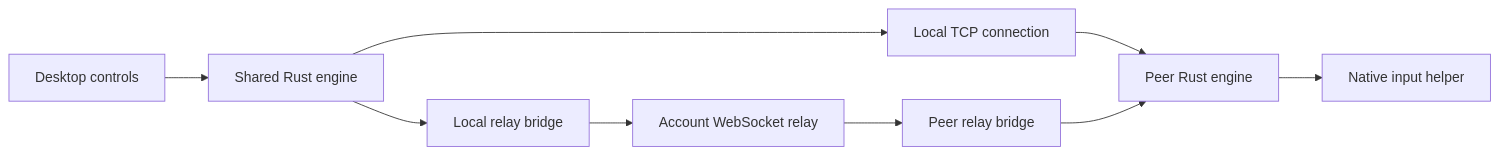
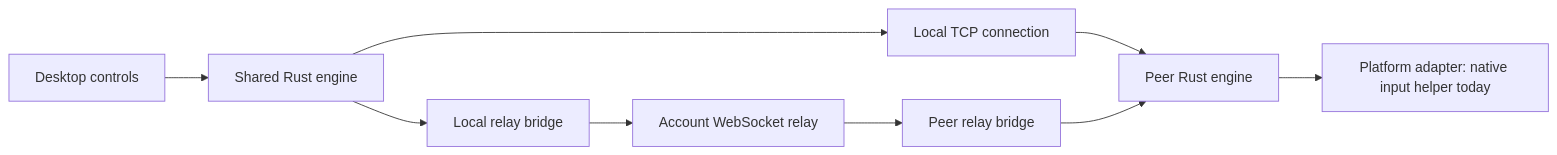
Before and after one commit to DaniGuardiola/extend.computer: the diagram in docs/overview.md, drawn with Mermaid. The commit also changed other lines of this file and 11 other files, not shown here.

````diff
--- a/docs/overview.md
+++ b/docs/overview.md
@@ -33,11 +47,11 @@
 ```mermaid
 flowchart LR
     UI[Desktop controls] --> Engine[Shared Rust engine]
     Engine --> LAN[Local TCP connection]
     Engine --> Bridge[Local relay bridge]
     Bridge --> Relay[Account WebSocket relay]
     LAN --> Peer[Peer Rust engine]
     Relay --> PeerBridge[Peer relay bridge]
     PeerBridge --> Peer
-    Peer --> Native[Native input helper]
+    Peer --> Native[Platform adapter: native input helper today]
 ```
````
